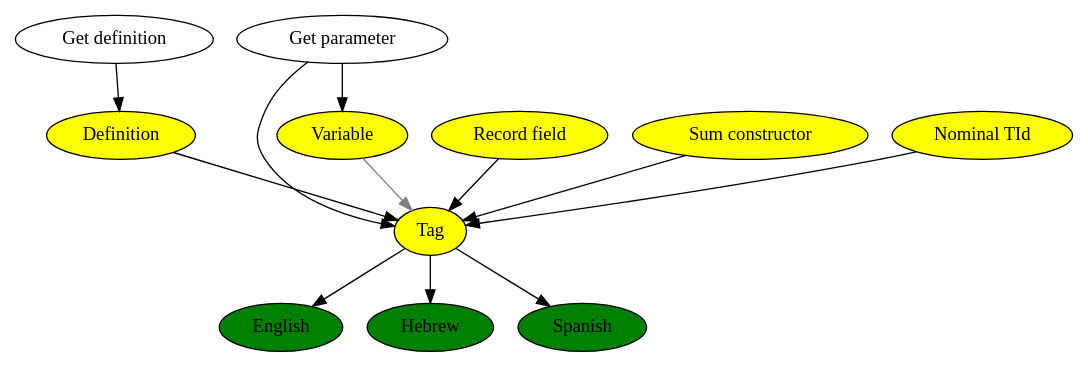
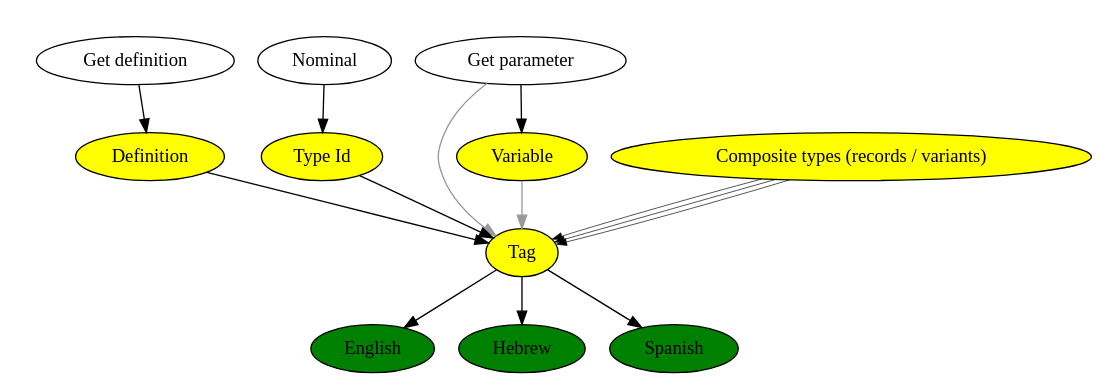
Before and after one commit to lamdu/lamdu: the diagram in doc/names.dot, drawn with Graphviz. The commit also changed 3 other files, not shown here.

```diff
--- a/doc/names.dot
+++ b/doc/names.dot
@@ -1,17 +1,27 @@
 digraph {
-    Tag, Def, Var, Field, Alt, TId [style=filled, fillcolor=yellow];
-    TId   [label="Nominal TId"];
-    Def   [label="Definition"];
-    Var   [label="Variable"];
-    Field [label="Record field"];
-    Alt   [label="Sum constructor"];
+    subgraph cluster_getters {
+        style="invis";
+        GetDef;
+        Nominal;
+        GetParam;
+    }
+    GetDef                   [label="Get definition"];
+    GetParam                 [label="Get parameter"];
+    Nominal                  [label="Nominal"];
+    Tag, Def, Var, Composites, TId [style=filled, fillcolor=yellow];
+    TId                      [label="Type Id"];
+    Def                      [label="Definition"];
+    Var                      [label="Variable"];
+    Composites               [label="Composite types (records / variants)"];
     English, Hebrew, Spanish [style=filled, fillcolor=green];
-    GetDef [label="Get definition"];
-    GetParam [label="Get parameter"];
     Tag -> English, Spanish, Hebrew;
-    Def, Field, Alt, GetParam, TId -> Tag;
-    Var -> Tag [color=gray];
+    Def, TId -> Tag;
+    Composites -> Tag [penwidth=0.5, arrowsize=0.75];
+    Composites -> Tag [penwidth=0.5, arrowsize=0.75];
+    Composites -> Tag [penwidth=0.5, arrowsize=0.75];
+    Var, GetParam -> Tag [color="#999999"];
 
     GetDef -> Def;
     GetParam -> Var;
+    Nominal -> TId;
 }
```
